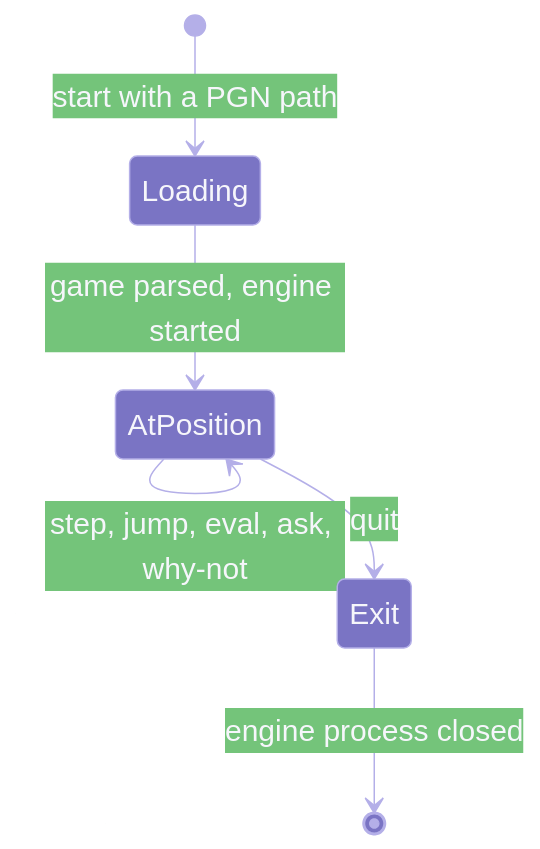
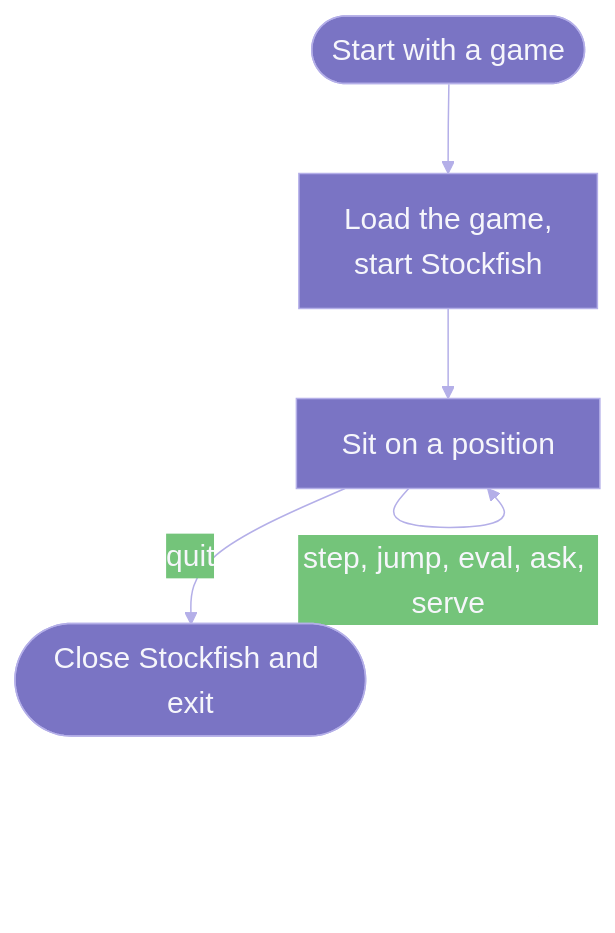
Before and after one commit to jconnors23/Dupont: the third of 3 diagrams in docs/architecture.md, drawn with Mermaid. The commit also changed other lines of this file and 22 other files, not shown here.

````diff
--- a/docs/architecture.md
+++ b/docs/architecture.md
@@ -100,9 +84,8 @@
 ```mermaid
-%%{init: {'theme':'base','themeVariables':{'fontSize':'20px','primaryColor':'#7a74c4','primaryTextColor':'#f6f6fb','primaryBorderColor':'#b4afe8','lineColor':'#b4afe8'},'state':{'nodeSpacing':60,'rankSpacing':70}}}%%
-stateDiagram-v2
-    [*] --> Loading: start with a PGN path
-    Loading --> AtPosition: game parsed, engine started
-    AtPosition --> AtPosition: step, jump, eval, ask, why-not
-    AtPosition --> Exit: quit
-    Exit --> [*]: engine process closed
+%%{init: {'theme':'base','themeVariables':{'fontSize':'20px','primaryColor':'#7a74c4','primaryTextColor':'#f6f6fb','primaryBorderColor':'#b4afe8','lineColor':'#b4afe8'},'flowchart':{'nodeSpacing':55,'rankSpacing':60}}}%%
+flowchart TB
+    A([Start with a game]) --> B[Load the game,<br/>start Stockfish]
+    B --> C[Sit on a position]
+    C -->|step, jump, eval, ask, serve| C
+    C -->|quit| D([Close Stockfish and exit])
 ```
````
